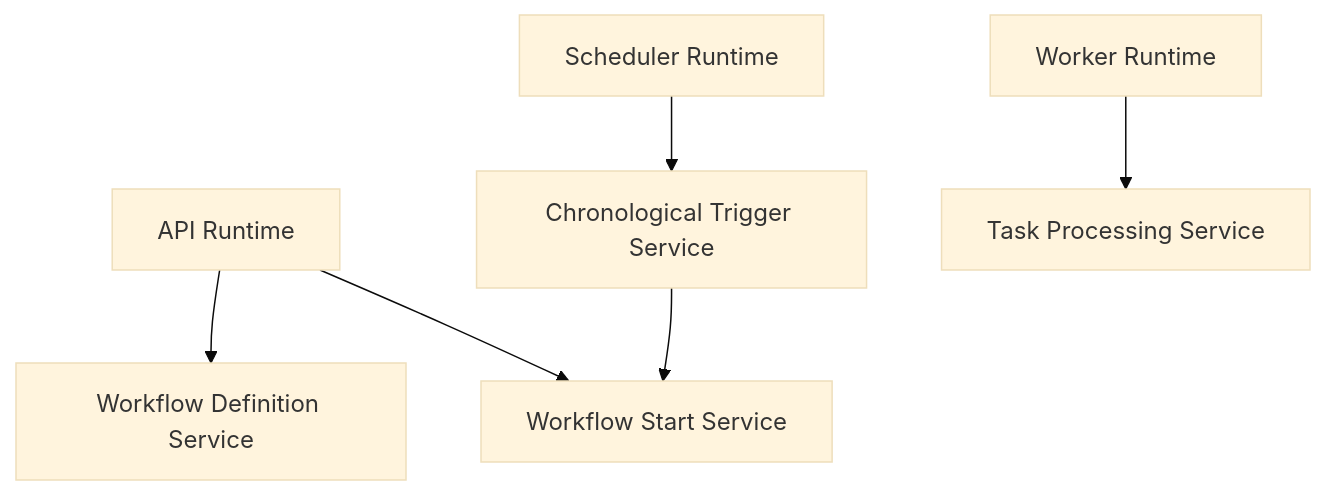
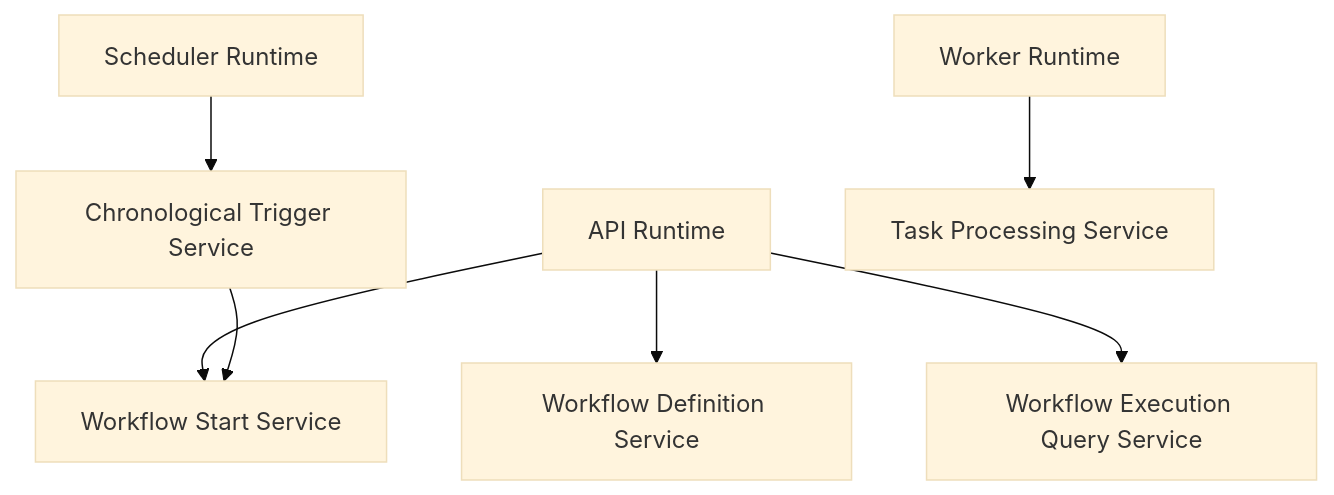
One commit to Devin8407/Automation-Platform changed the second of 2 diagrams in docs/architecture/application/README.md. Above: the diagram before and after it, drawn with Mermaid (base theme). The commit also changed other lines of this file and 36 other files, not shown here.

````diff
--- a/docs/architecture/application/README.md
+++ b/docs/architecture/application/README.md
@@ -198,8 +204,9 @@
 ```mermaid
 flowchart TD
     API["API Runtime"] --> Definitions["Workflow Definition Service"]
     API --> Start["Workflow Start Service"]
+    API --> Query["Workflow Execution Query Service"]
     Scheduler["Scheduler Runtime"] --> Chronological["Chronological Trigger Service"]
     Worker["Worker Runtime"] --> Processing["Task Processing Service"]
     Chronological --> Start
 ```
````
